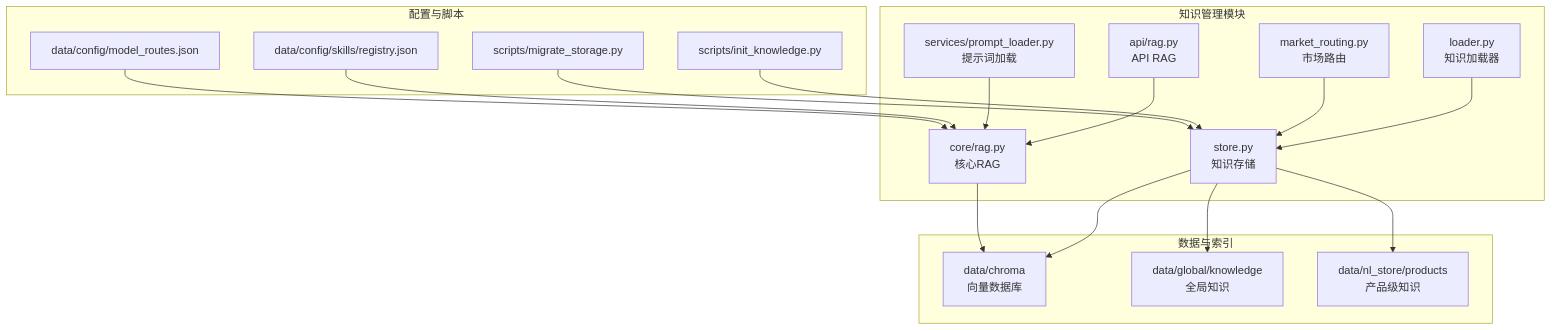
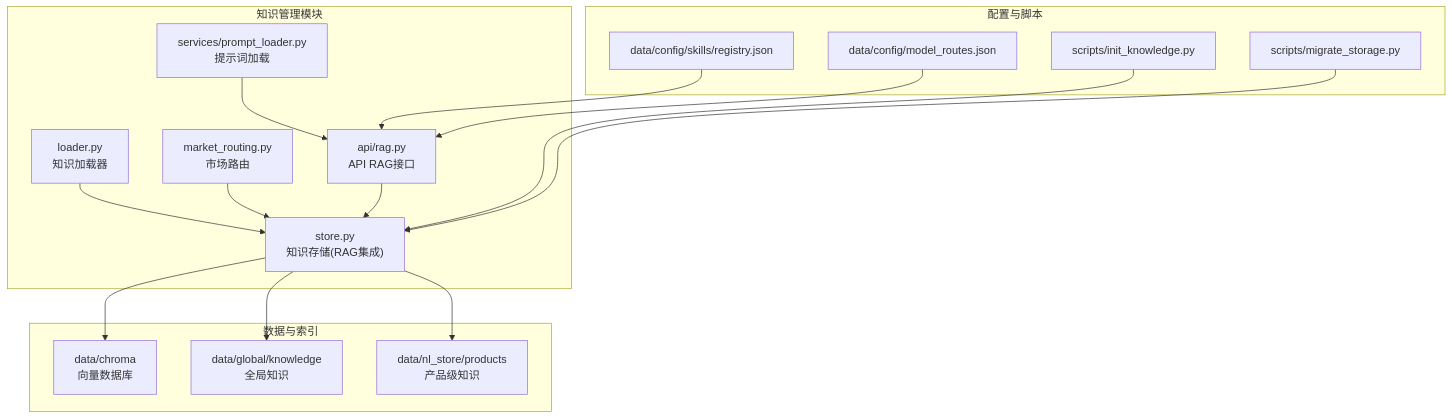
Before and after one commit to angledick/-: the first of 8 diagrams in .qoder/repowiki/zh/content/核心业务模块/知识管理系统/知识管理系统.md, drawn with Mermaid. The commit also changed other lines of this file and 770 other files, not shown here.

````diff
--- a/.qoder/repowiki/zh/content/核心业务模块/知识管理系统/知识管理系统.md
+++ b/.qoder/repowiki/zh/content/核心业务模块/知识管理系统/知识管理系统.md
@@ -53,34 +63,32 @@
 ```mermaid
 graph TB
 subgraph "知识管理模块"
 L["loader.py<br/>知识加载器"]
 R["market_routing.py<br/>市场路由"]
-S["store.py<br/>知识存储"]
-CR["core/rag.py<br/>核心RAG"]
-AR["api/rag.py<br/>API RAG"]
+S["store.py<br/>知识存储(RAG集成)"]
+AR["api/rag.py<br/>API RAG接口"]
 PL["services/prompt_loader.py<br/>提示词加载"]
 end
 subgraph "数据与索引"
 CH["data/chroma<br/>向量数据库"]
 GK["data/global/knowledge<br/>全局知识"]
 NL["data/nl_store/products<br/>产品级知识"]
 end
 subgraph "配置与脚本"
 REG["data/config/skills/registry.json"]
 MR["data/config/model_routes.json"]
 IK["scripts/init_knowledge.py"]
 MS["scripts/migrate_storage.py"]
 end
 L --> S
 R --> S
 S --> CH
 S --> GK
 S --> NL
-CR --> CH
-AR --> CR
-PL --> CR
+AR --> S
+PL --> AR
 IK --> S
 MS --> S
-REG --> CR
-MR --> CR
+REG --> AR
+MR --> AR
 ```
````
